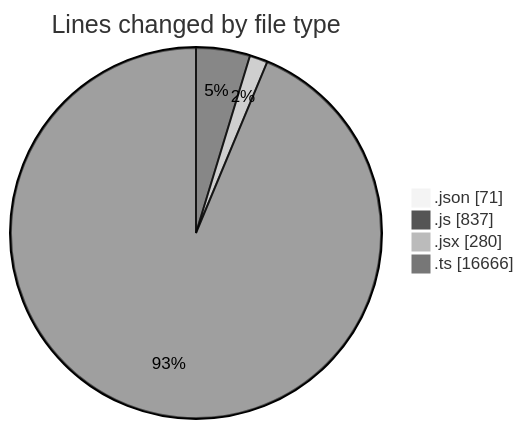
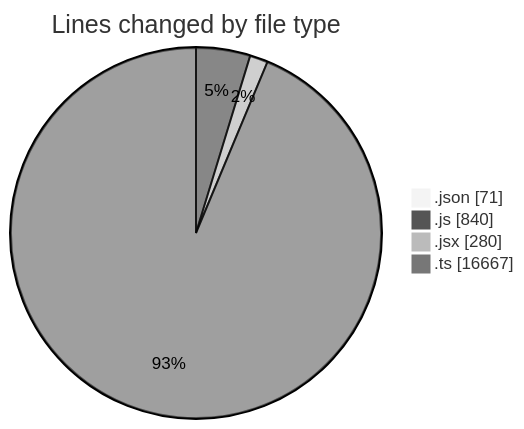
The first of 2 diagrams in 2025-05-13/cda/README.md (momahboobian/code-tracking), drawn with Mermaid (neutral theme) before and after one commit. The commit also changed other lines of this file and 1 other file, not shown here.

````diff
--- a/2025-05-13/cda/README.md
+++ b/2025-05-13/cda/README.md
@@ -30,8 +30,8 @@
 ```mermaid
 pie showData
 title Lines changed by file type
 ".json" : 71
-".js" : 837
+".js" : 840
 ".jsx" : 280
-".ts" : 16666
+".ts" : 16667
 ```
````
